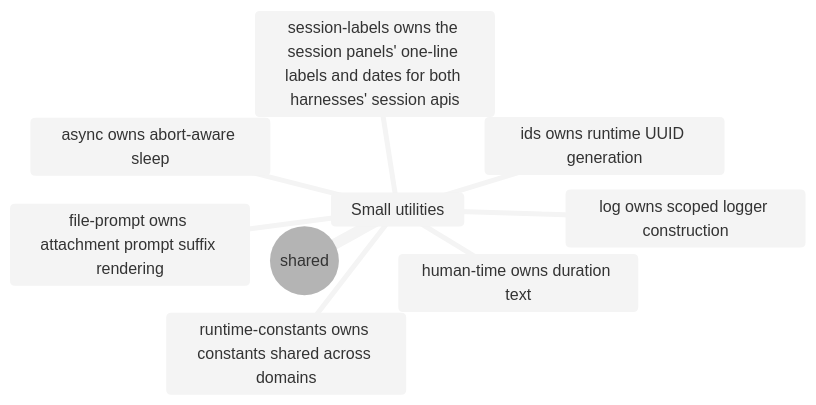
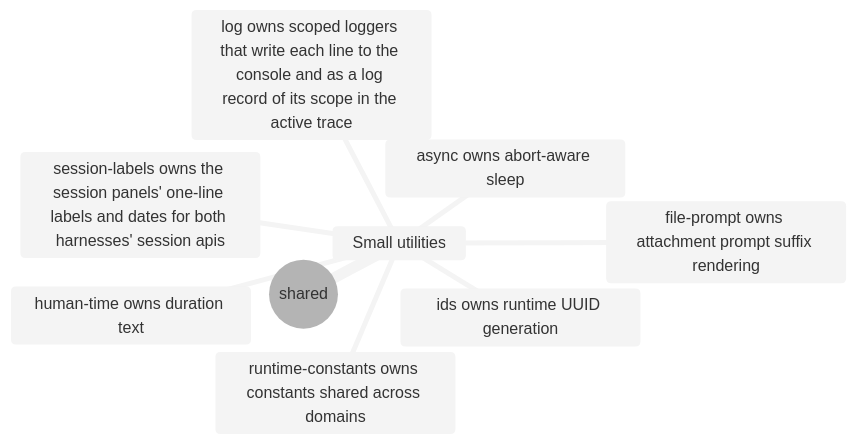
Before and after one commit to eaucoin/alasio: the first of 3 diagrams in src/shared/README.md, drawn with Mermaid (neutral theme). The commit also changed 47 other files, not shown here.

````diff
--- a/src/shared/README.md
+++ b/src/shared/README.md
@@ -2,12 +2,12 @@
 ```mermaid
 mindmap
   root((shared))
     Small utilities
       async owns abort-aware sleep
       file-prompt owns attachment prompt suffix rendering
       human-time owns duration text
       ids owns runtime UUID generation
-      log owns scoped logger construction
+      log owns scoped loggers that write each line to the console and as a log record of its scope in the active trace
       runtime-constants owns constants shared across domains
       session-labels owns the session panels' one-line labels and dates for both harnesses' session apis
 ```
````
